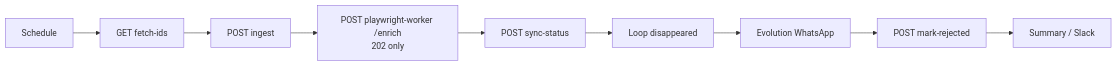
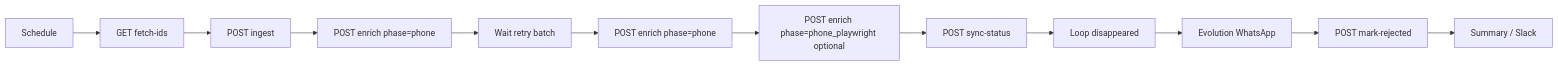
One commit to ruzzo-prog/PropRadar changed the diagram in docs/n8n_myhome_workflow.md. Above: the diagram before and after it, drawn with Mermaid. The commit also changed other lines of this file and 25 other files, not shown here.

````diff
--- a/docs/n8n_myhome_workflow.md
+++ b/docs/n8n_myhome_workflow.md
@@ -44,11 +47,14 @@
 ```mermaid
 flowchart LR
   T[Schedule] --> S1[GET fetch-ids]
   S1 --> S2[POST ingest]
-  S2 --> PW[POST playwright-worker /enrich\n202 only]
+  S2 --> P1[POST enrich phase=phone]
+  P1 --> W[Wait retry batch]
+  W --> P2[POST enrich phase=phone]
+  P2 --> PW[POST enrich phase=phone_playwright optional]
   PW --> D[POST sync-status]
   D --> L[Loop disappeared]
   L --> WA[Evolution WhatsApp]
   WA --> M[POST mark-rejected]
   M --> R[Summary / Slack]
 ```
````
